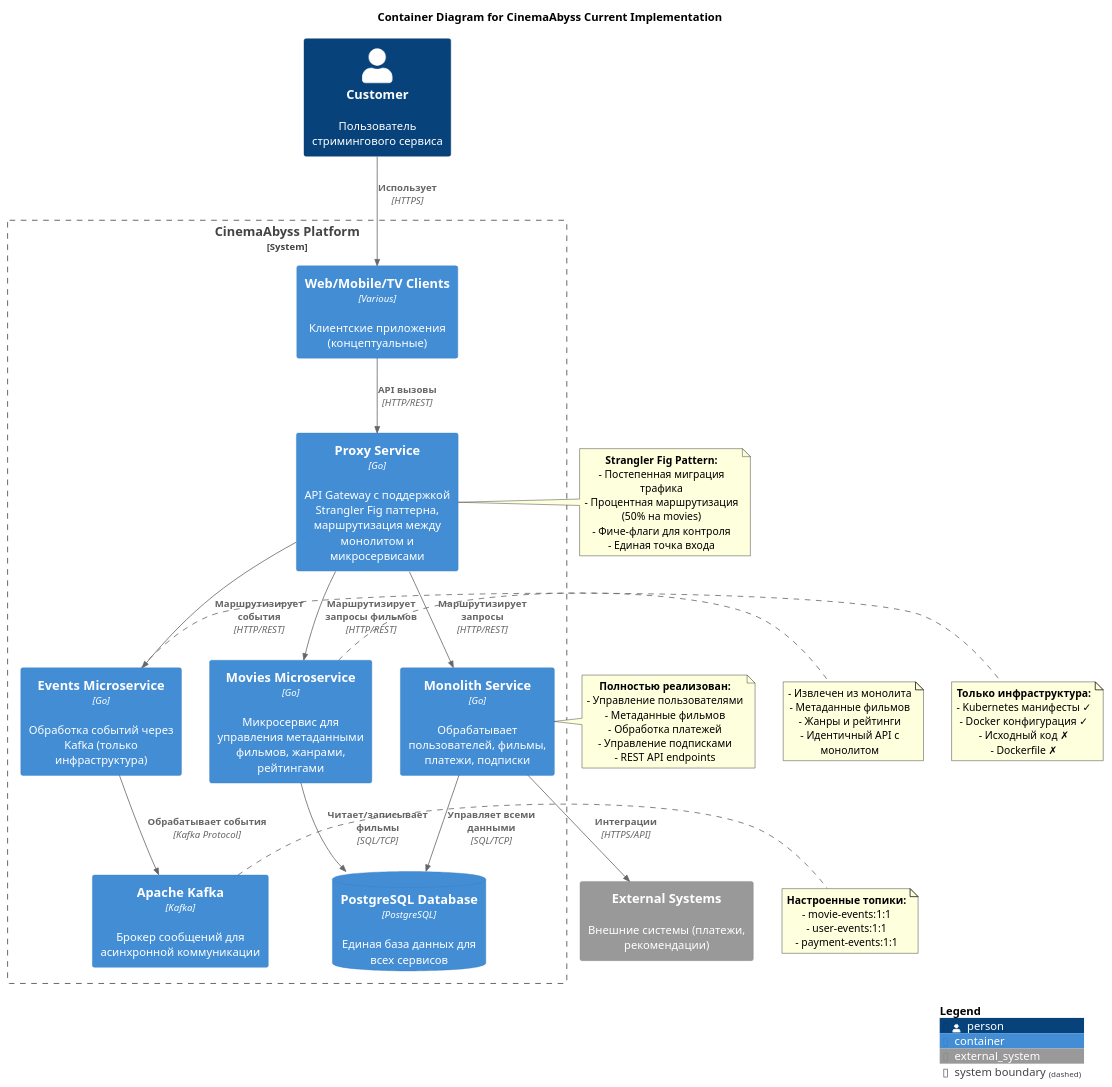
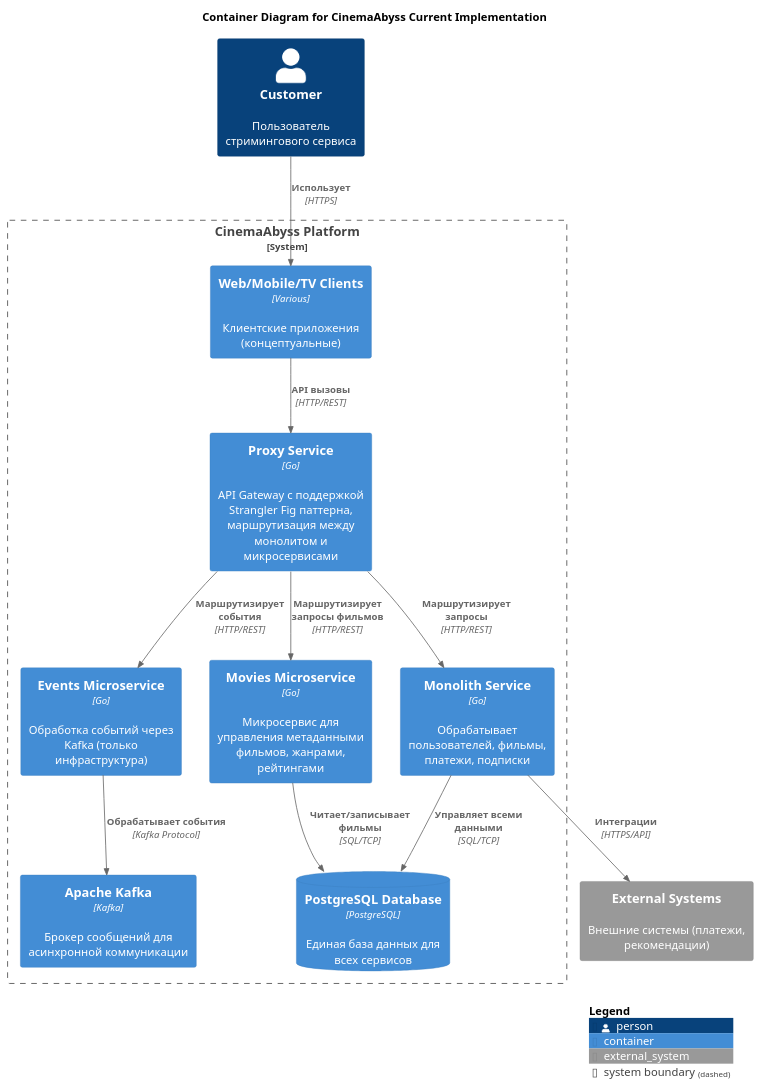
The diagram in artifacts/chapter1/cinemaabyss-to-be-architecture.puml (melnik88/architecture-pro-cinemaabyss), drawn with PlantUML before and after one commit. The commit also changed 7 other files, not shown here.

```diff
--- a/artifacts/chapter1/cinemaabyss-to-be-architecture.puml
+++ b/artifacts/chapter1/cinemaabyss-to-be-architecture.puml
@@ -1,97 +1,59 @@
 @startuml CinemaAbyss Current Architecture (As-Implemented)
 !include https://raw.githubusercontent.com/plantuml-stdlib/C4-PlantUML/master/C4_Container.puml
 
 title Container Diagram for CinemaAbyss Current Implementation
 
 Person(customer, "Customer", "Пользователь стримингового сервиса")
 
 System_Boundary(cinemaabyss, "CinemaAbyss Platform") {
 
     ' Client Applications (концептуальные - не реализованы)
     Container(web_client, "Web/Mobile/TV Clients", "Various", "Клиентские приложения (концептуальные)")
 
     ' API Gateway - Proxy Service (частично реализован)
     Container(proxy_service, "Proxy Service", "Go", "API Gateway с поддержкой Strangler Fig паттерна, маршрутизация между монолитом и микросервисами")
 
     ' Monolith - полностью реализован
     Container(monolith, "Monolith Service", "Go", "Обрабатывает пользователей, фильмы, платежи, подписки")
 
     ' Movies Microservice - полностью реализован
     Container(movies_service, "Movies Microservice", "Go", "Микросервис для управления метаданными фильмов, жанрами, рейтингами")
 
     ' Events Service - только инфраструктура, код отсутствует
     Container(events_service, "Events Microservice", "Go", "Обработка событий через Kafka (только инфраструктура)")
 
     ' Database
     ContainerDb(postgres, "PostgreSQL Database", "PostgreSQL", "Единая база данных для всех сервисов")
 
     ' Message Broker
     Container(kafka, "Apache Kafka", "Kafka", "Брокер сообщений для асинхронной коммуникации")
 }
 
 ' External Systems (концептуальные)
 System_Ext(external_systems, "External Systems", "Внешние системы (платежи, рекомендации)")
 
 ' Client interactions
 Rel(customer, web_client, "Использует", "HTTPS")
 
 ' Client to Proxy
 Rel(web_client, proxy_service, "API вызовы", "HTTP/REST")
 
 ' Proxy routing (Strangler Fig pattern)
 Rel(proxy_service, monolith, "Маршрутизирует запросы", "HTTP/REST")
 Rel(proxy_service, movies_service, "Маршрутизирует запросы фильмов", "HTTP/REST")
 Rel(proxy_service, events_service, "Маршрутизирует события", "HTTP/REST")
 
 ' Services to Database
 Rel(monolith, postgres, "Управляет всеми данными", "SQL/TCP")
 Rel(movies_service, postgres, "Читает/записывает фильмы", "SQL/TCP")
 
 ' Kafka integration (configured but not fully implemented)
 Rel(events_service, kafka, "Обрабатывает события", "Kafka Protocol")
 
 ' External integrations (conceptual)
 Rel(monolith, external_systems, "Интеграции", "HTTPS/API")
 
 SHOW_LEGEND()
 
-note right of proxy_service
-  **Strangler Fig Pattern:**
-  - Постепенная миграция трафика
-  - Процентная маршрутизация (50% на movies)
-  - Фиче-флаги для контроля
-  - Единая точка входа
-end note
-
-note right of monolith
-  **Полностью реализован:**
-  - Управление пользователями
-  - Метаданные фильмов
-  - Обработка платежей
-  - Управление подписками
-  - REST API endpoints
-end note
-
-note right of movies_service
-  - Извлечен из монолита
-  - Метаданные фильмов
-  - Жанры и рейтинги
-  - Идентичный API с монолитом
-end note
-
-note right of events_service
-  **Только инфраструктура:**
-  - Kubernetes манифесты ✓
-  - Docker конфигурация ✓
-  - Исходный код ✗
-  - Dockerfile ✗
-end note
-
-note right of kafka
-  **Настроенные топики:**
-  - movie-events:1:1
-  - user-events:1:1
-  - payment-events:1:1
-end note
 
 @enduml
```
